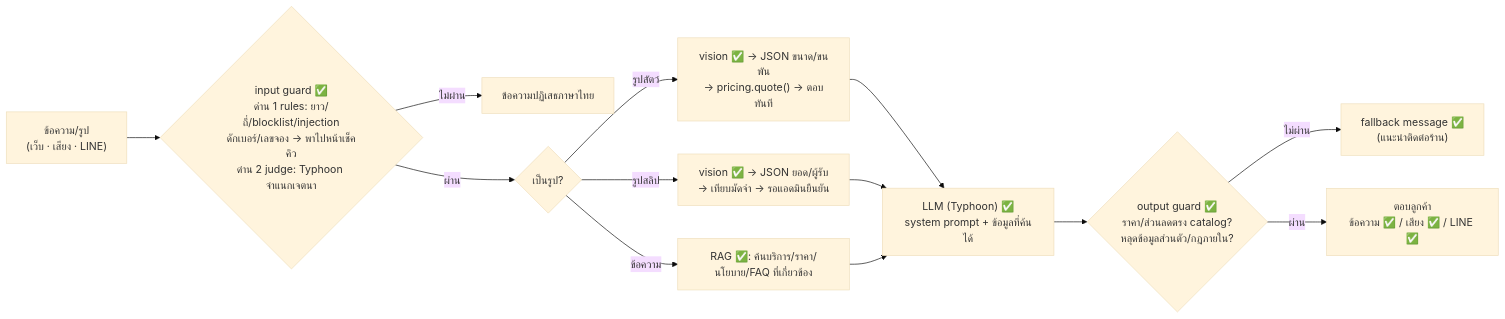
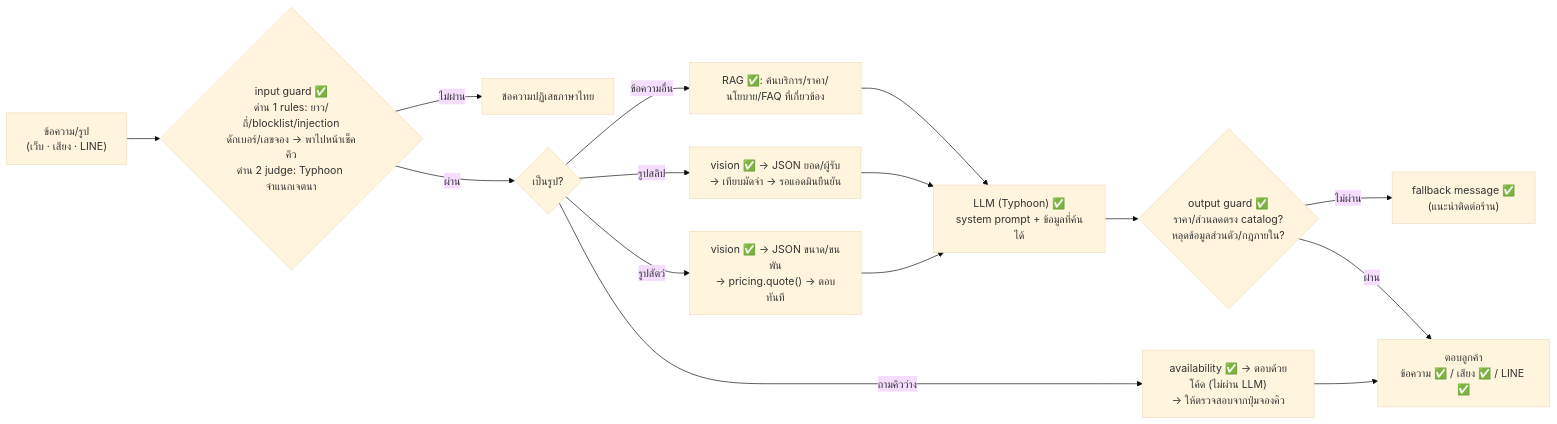
The third of 5 diagrams in docs/system-architecture.md (Myname30275/Project-chatbot), drawn with Mermaid (base theme) before and after one commit. The commit also changed other lines of this file and 30 other files, not shown here.

````diff
--- a/docs/system-architecture.md
+++ b/docs/system-architecture.md
@@ -227,15 +233,17 @@
 ```mermaid
 flowchart LR
     M["ข้อความ/รูป<br/>(เว็บ · เสียง · LINE)"] --> G1{"input guard ✅<br/>ด่าน 1 rules: ยาว/ถี่/blocklist/injection<br/>ดักเบอร์/เลขจอง → พาไปหน้าเช็คคิว<br/>ด่าน 2 judge: Typhoon จำแนกเจตนา"}
     G1 -- ไม่ผ่าน --> R1["ข้อความปฏิเสธภาษาไทย"]
     G1 -- ผ่าน --> K{"เป็นรูป?"}
     K -- รูปสัตว์ --> P["vision ✅ → JSON ขนาด/ขนพัน<br/>→ pricing.quote() → ตอบทันที"]
     K -- รูปสลิป --> S["vision ✅ → JSON ยอด/ผู้รับ<br/>→ เทียบมัดจำ → รอแอดมินยืนยัน"]
-    K -- ข้อความ --> Q["RAG ✅: ค้นบริการ/ราคา/นโยบาย/FAQ ที่เกี่ยวข้อง"]
+    K -- ถามคิวว่าง --> AV["availability ✅ → ตอบด้วยโค้ด (ไม่ผ่าน LLM)<br/>→ ให้ตรวจสอบจากปุ่มจองคิว"]
+    AV --> OUT
+    K -- ข้อความอื่น --> Q["RAG ✅: ค้นบริการ/ราคา/นโยบาย/FAQ ที่เกี่ยวข้อง"]
     P --> L["LLM (Typhoon) ✅<br/>system prompt + ข้อมูลที่ค้นได้"]
     S --> L
     Q --> L
     L --> G2{"output guard ✅<br/>ราคา/ส่วนลดตรง catalog?<br/>หลุดข้อมูลส่วนตัว/กฎภายใน?"}
     G2 -- ไม่ผ่าน --> R2["fallback message ✅<br/>(แนะนำติดต่อร้าน)"]
     G2 -- ผ่าน --> OUT["ตอบลูกค้า<br/>ข้อความ ✅ / เสียง ✅ / LINE ✅"]
 ```
````
